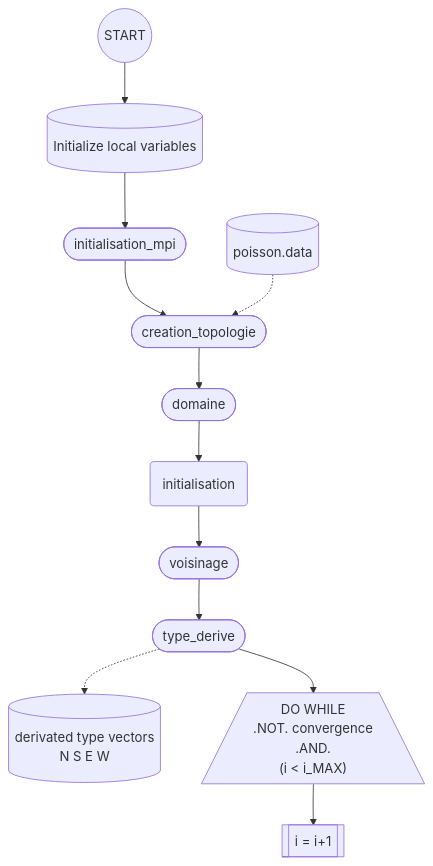
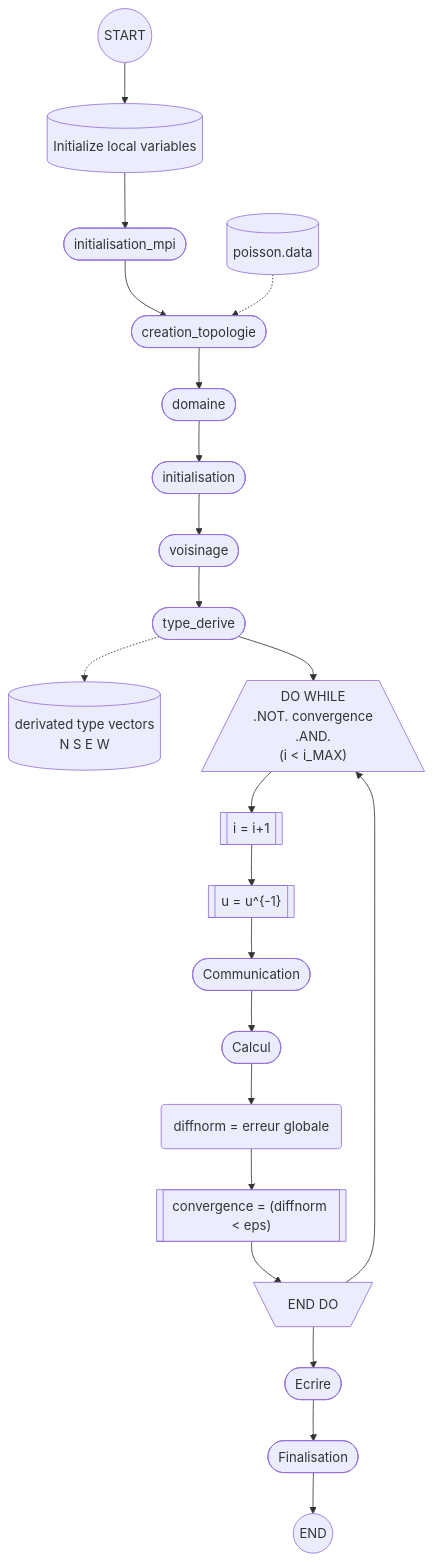
One commit to AlexandreLeMentec/PoissonMPI changed the second of 2 diagrams in Skeleton.md. Above: the diagram before and after it, drawn with Mermaid.

Commit message:
Finalizing graph

````diff
--- a/Skeleton.md
+++ b/Skeleton.md
@@ -93,21 +93,29 @@
 ```mermaid
 graph TB
 3[(poisson.data)]
 -1((START)) --> 0
 0[(Initialize local variables)]--> 1([initialisation_mpi])
 1 --> 2([creation_topologie])
 3[(poisson.data)] -.-> 2
 2 --> 4([domaine])
-4 --> 5(initialisation)
+4 --> 5([initialisation])
 5 --> 6([voisinage])
 6 --> 7([type_derive])
 7 -.-> 8[("derivated type vectors 
 N S E W")]
 7 --> 9[/"DO WHILE 
 .NOT. convergence
 .AND.
 (i < i_MAX)"\]
 9 --> 10[["i = i+1"]]
-
-
+10 --> 11[["u = u^{-1}"]]
+11 --> 12([Communication])
+12 --> 13([Calcul])
+13 --> 14("diffnorm = erreur globale")
+14 --> 15[["convergence = (diffnorm < eps)"]]
+15 --> 16[\"END DO"/]
+16 --> 9
+16 --> 17(["Ecrire"])
+17 --> 18([Finalisation])
+18 --> 19((END))
 ```
````
